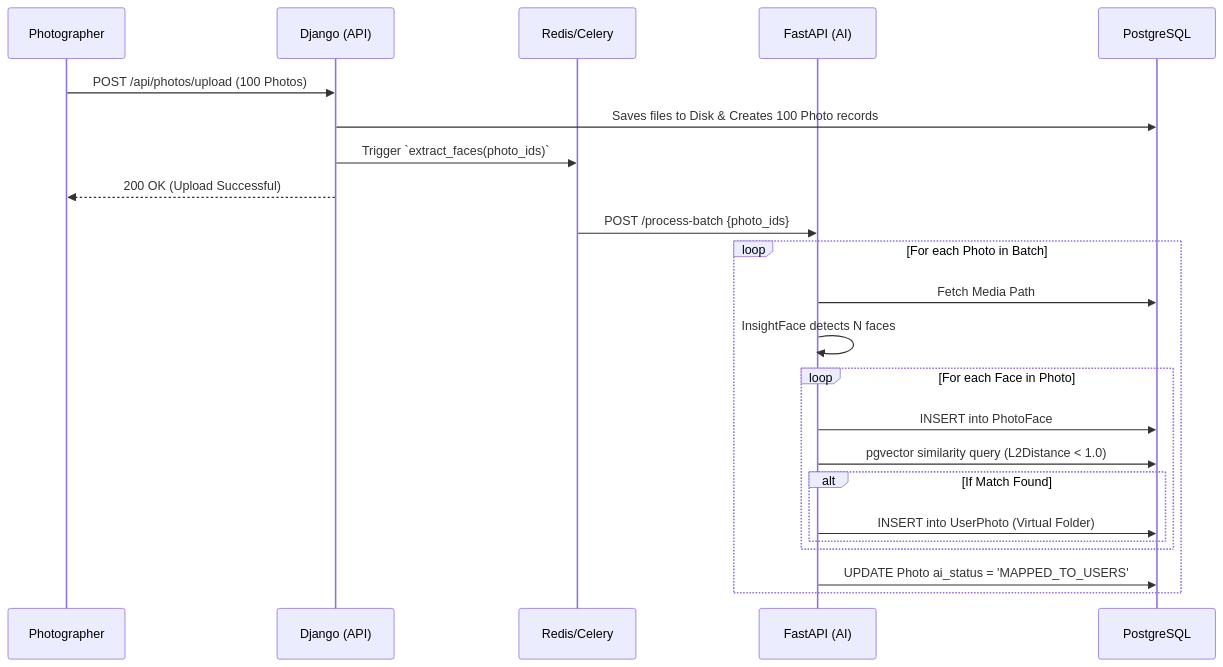
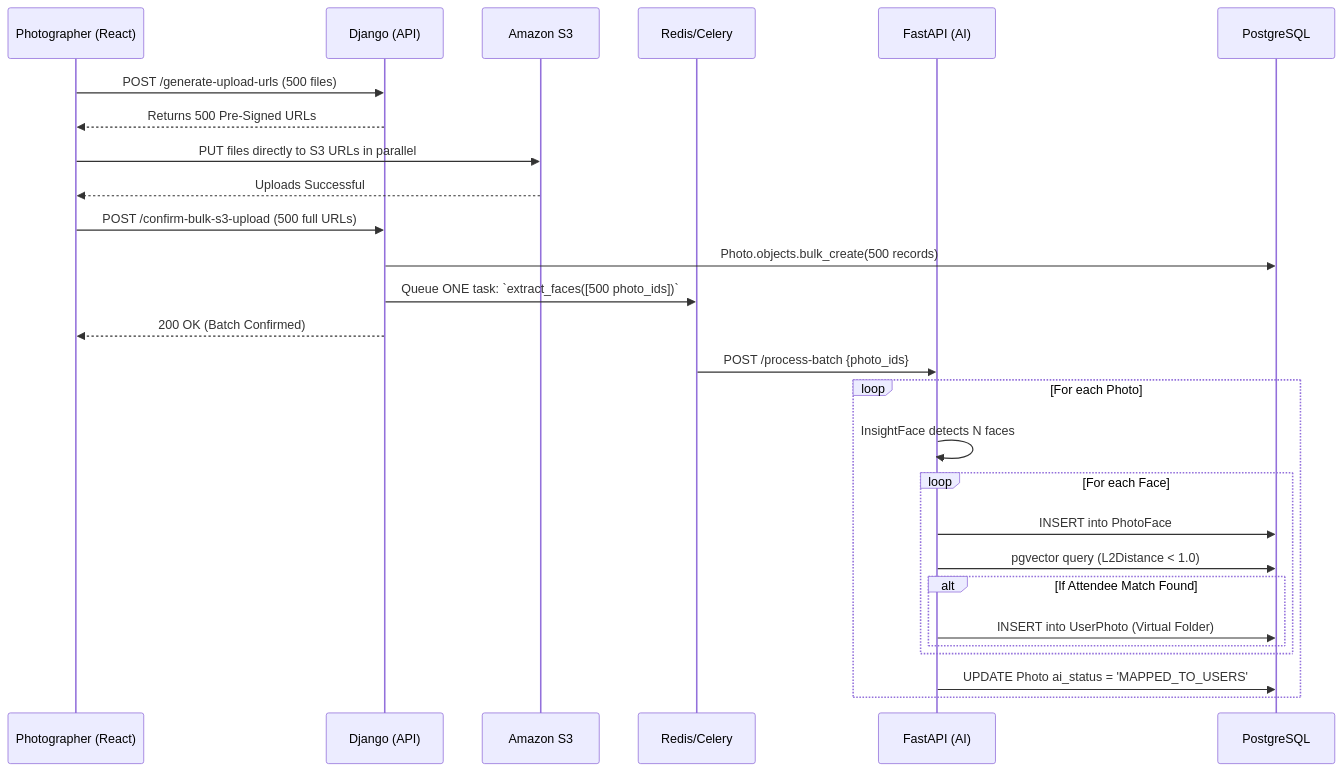
The second of 3 diagrams in docs/neoevents_prd.md (NeoEdge-Fusion-Tech/neoEventBackend), drawn with Mermaid before and after one commit. The commit also changed other lines of this file and 4 other files, not shown here.

Commit message:
feat: implement direct-to-S3 bulk photo upload workflow with presigned URLs and background AI processing.

````diff
--- a/docs/neoevents_prd.md
+++ b/docs/neoevents_prd.md
@@ -75,30 +118,34 @@
 ```mermaid
 sequenceDiagram
-    participant Photographer
+    participant Photographer (React)
     participant Django (API)
+    participant Amazon S3
     participant Redis/Celery
     participant FastAPI (AI)
     participant PostgreSQL
 
-    Photographer->>Django (API): POST /api/photos/upload (100 Photos)
-    Django (API)->>PostgreSQL: Saves files to Disk & Creates 100 Photo records
-    Django (API)->>Redis/Celery: Trigger `extract_faces(photo_ids)`
-    Django (API)-->>Photographer: 200 OK (Upload Successful)
+    Photographer (React)->>Django (API): POST /generate-upload-urls (500 files)
+    Django (API)-->>Photographer (React): Returns 500 Pre-Signed URLs
+    
+    Photographer (React)->>Amazon S3: PUT files directly to S3 URLs in parallel
+    Amazon S3-->>Photographer (React): Uploads Successful
+    
+    Photographer (React)->>Django (API): POST /confirm-bulk-s3-upload (500 full URLs)
+    Django (API)->>PostgreSQL: Photo.objects.bulk_create(500 records)
+    Django (API)->>Redis/Celery: Queue ONE task: `extract_faces([500 photo_ids])`
+    Django (API)-->>Photographer (React): 200 OK (Batch Confirmed)
     
     Redis/Celery->>FastAPI (AI): POST /process-batch {photo_ids}
     
-    loop For each Photo in Batch
-        FastAPI (AI)->>PostgreSQL: Fetch Media Path
+    loop For each Photo
         FastAPI (AI)->>FastAPI (AI): InsightFace detects N faces
-        
-        loop For each Face in Photo
+        loop For each Face
             FastAPI (AI)->>PostgreSQL: INSERT into PhotoFace
-            FastAPI (AI)->>PostgreSQL: pgvector similarity query (L2Distance < 1.0)
-            
-            alt If Match Found
+            FastAPI (AI)->>PostgreSQL: pgvector query (L2Distance < 1.0)
+            alt If Attendee Match Found
                 FastAPI (AI)->>PostgreSQL: INSERT into UserPhoto (Virtual Folder)
             end
         end
         FastAPI (AI)->>PostgreSQL: UPDATE Photo ai_status = 'MAPPED_TO_USERS'
     end
 ```
````
